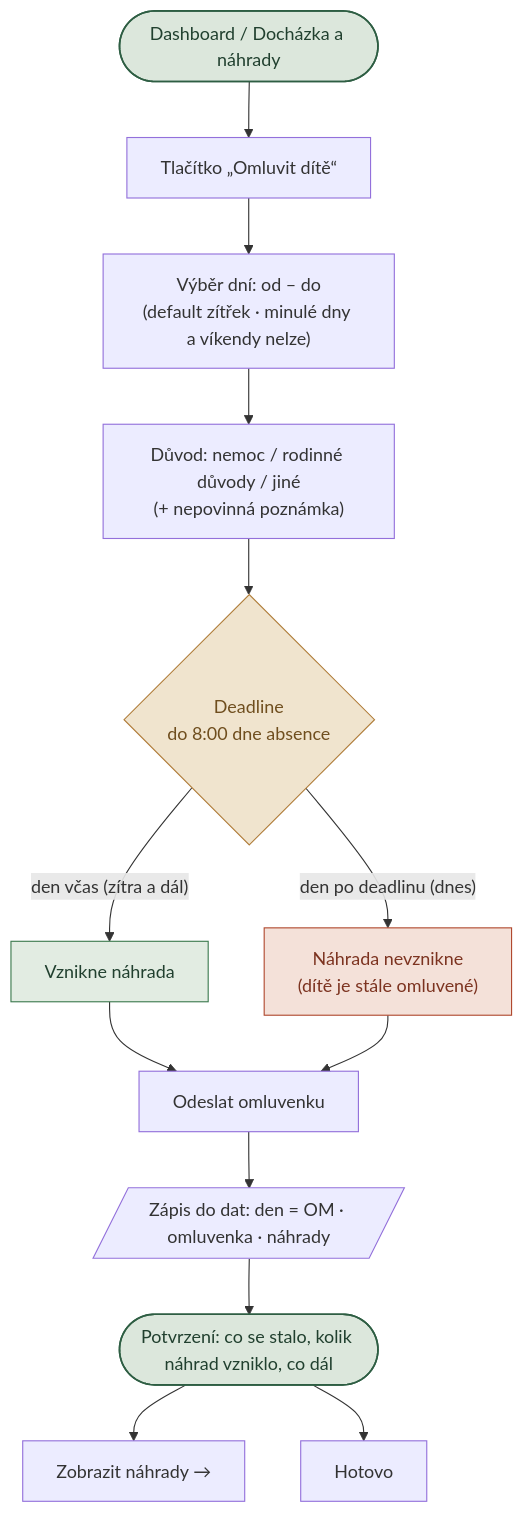
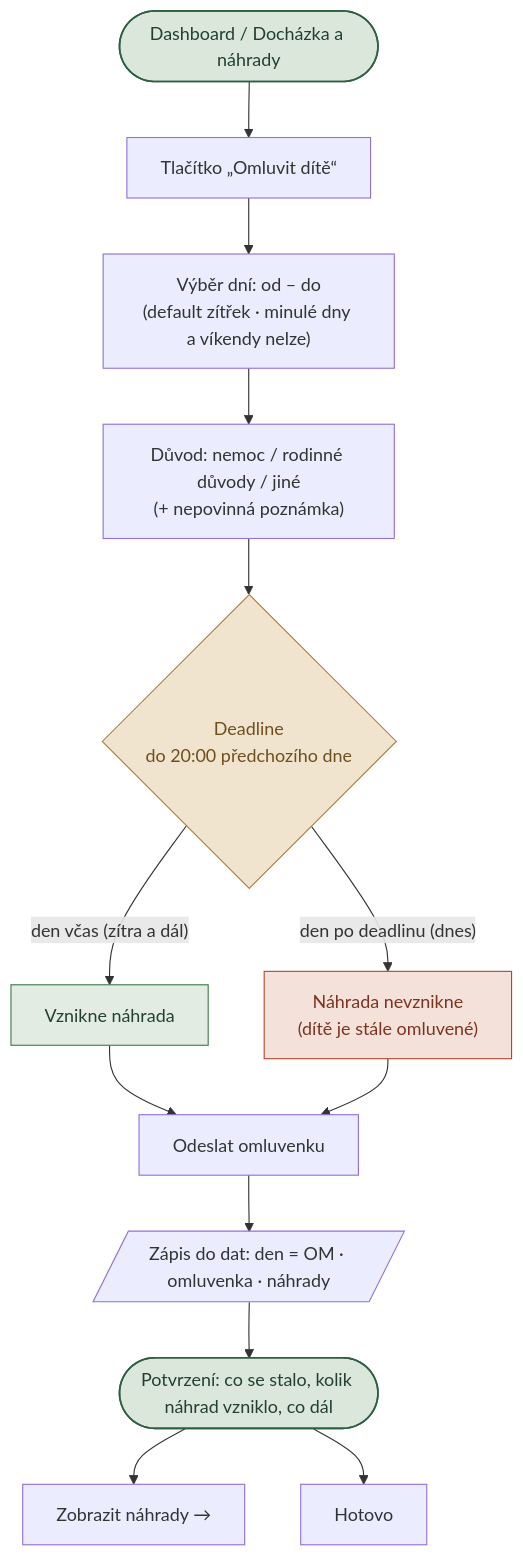
Before and after one commit to chotenovskalenka/intraweb-prototype: the second of 7 diagrams in docs/flows.md, drawn with Mermaid. The commit also changed other lines of this file and 4 other files, not shown here.

````diff
--- a/docs/flows.md
+++ b/docs/flows.md
@@ -42,19 +42,19 @@
 ```mermaid
 flowchart TD
   A([Dashboard / Docházka a náhrady]):::term --> B["Tlačítko „Omluvit dítě“"]
   B --> C["Výběr dní: od – do<br/>(default zítřek · minulé dny a víkendy nelze)"]
   C --> D["Důvod: nemoc / rodinné důvody / jiné<br/>(+ nepovinná poznámka)"]
-  D --> E{"Deadline<br/>do 8:00 dne absence"}:::dec
+  D --> E{"Deadline<br/>do 20:00 předchozího dne"}:::dec
   E -->|"den včas (zítra a dál)"| F["Vznikne náhrada"]:::ok
   E -->|"den po deadlinu (dnes)"| G["Náhrada nevznikne<br/>(dítě je stále omluvené)"]:::bad
   F --> H["Odeslat omluvenku"]
   G --> H
   H --> I[/"Zápis do dat: den = OM · omluvenka · náhrady"/]
   I --> J([Potvrzení: co se stalo, kolik náhrad vzniklo, co dál]):::term
   J --> K["Zobrazit náhrady →"]
   J --> L["Hotovo"]
   classDef term fill:#DCE7DC,stroke:#2E5E43,color:#21402F,stroke-width:1.5px;
   classDef dec fill:#F0E4CE,stroke:#B07D3A,color:#6f4e1e;
   classDef ok fill:#E2ECE2,stroke:#3C7A4E,color:#21402F;
   classDef bad fill:#F4E1D9,stroke:#B0492F,color:#7c3320;
 ```
````
